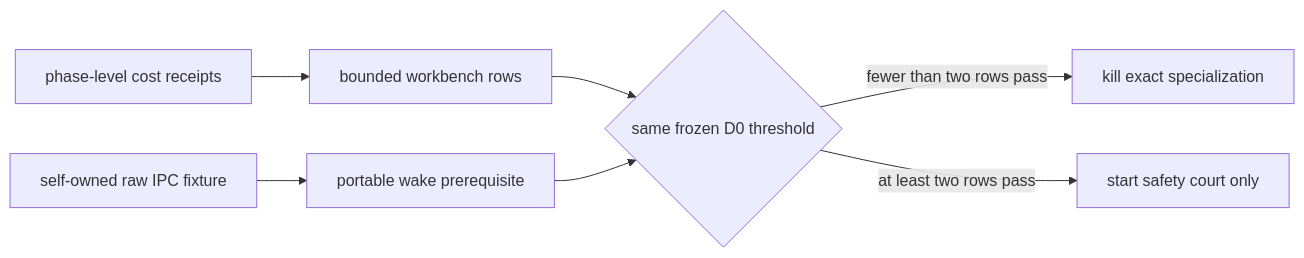
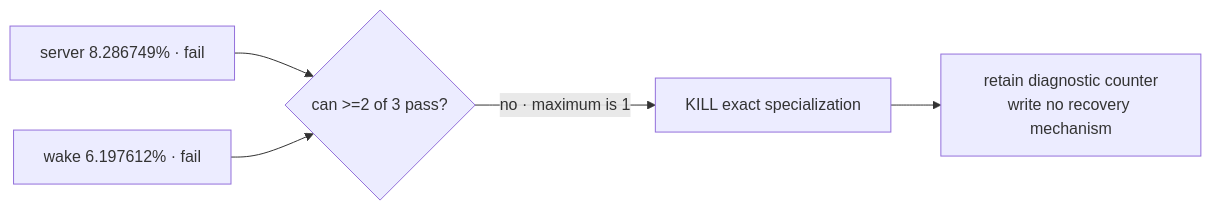
One commit to partnernetsoftware/agenterm changed the diagram in research/qjswasm-immediate-host-argument-region/RESULTS.md. Above: the diagram before and after it, drawn with Mermaid. The commit also changed other lines of this file and 5 other files, not shown here.

````diff
--- a/research/qjswasm-immediate-host-argument-region/RESULTS.md
+++ b/research/qjswasm-immediate-host-argument-region/RESULTS.md
@@ -34,9 +43,7 @@
 ```mermaid
 flowchart LR
-  A["phase-level cost receipts"] --> W["bounded workbench rows"]
-  B["self-owned raw IPC fixture"] --> K["portable wake prerequisite"]
-  W --> D{"same frozen D0 threshold"}
-  K --> D
-  D -->|"fewer than two rows pass"| X["kill exact specialization"]
-  D -->|"at least two rows pass"| S["start safety court only"]
+  S["server 8.286749% · fail"] --> D{"can >=2 of 3 pass?"}
+  W["wake 6.197612% · fail"] --> D
+  D -->|"no · maximum is 1"| X["KILL exact specialization"]
+  X --> R["retain diagnostic counter<br/>write no recovery mechanism"]
 ```
````
